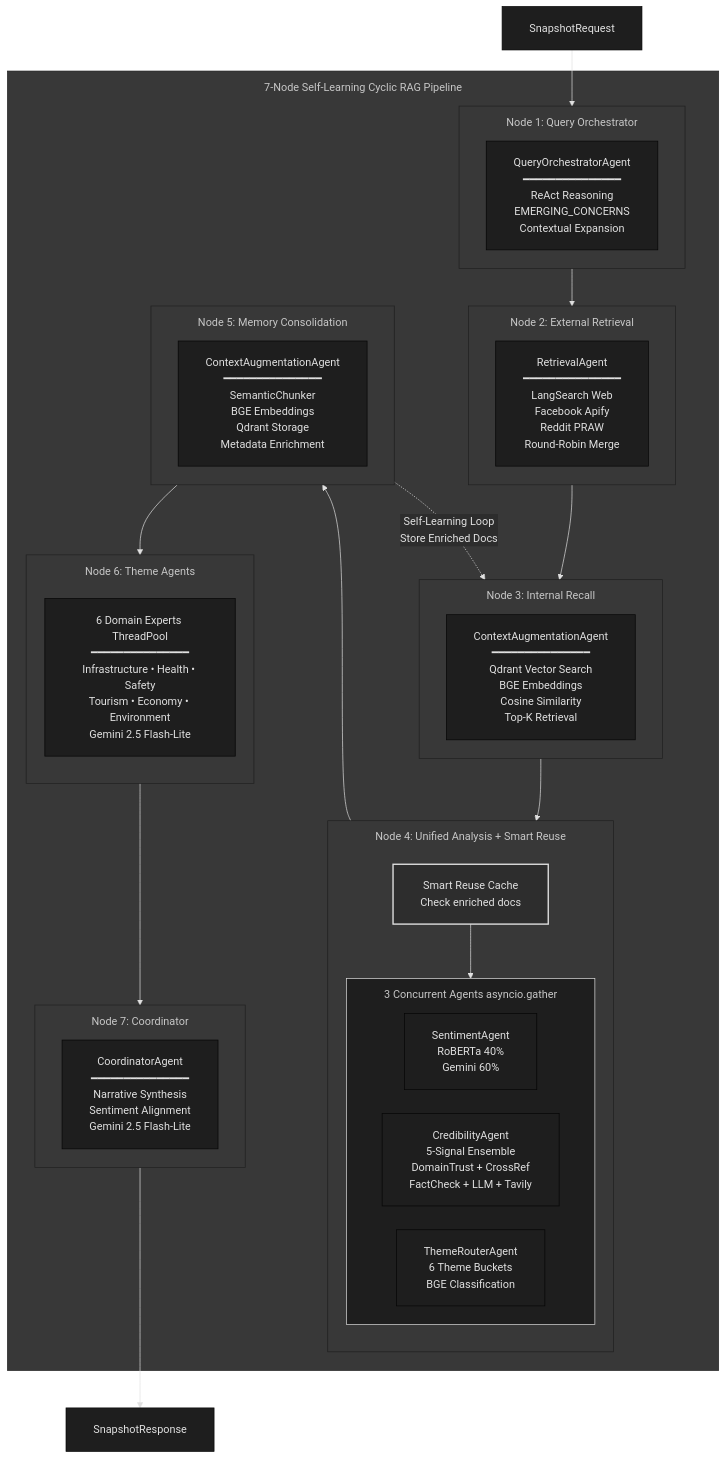
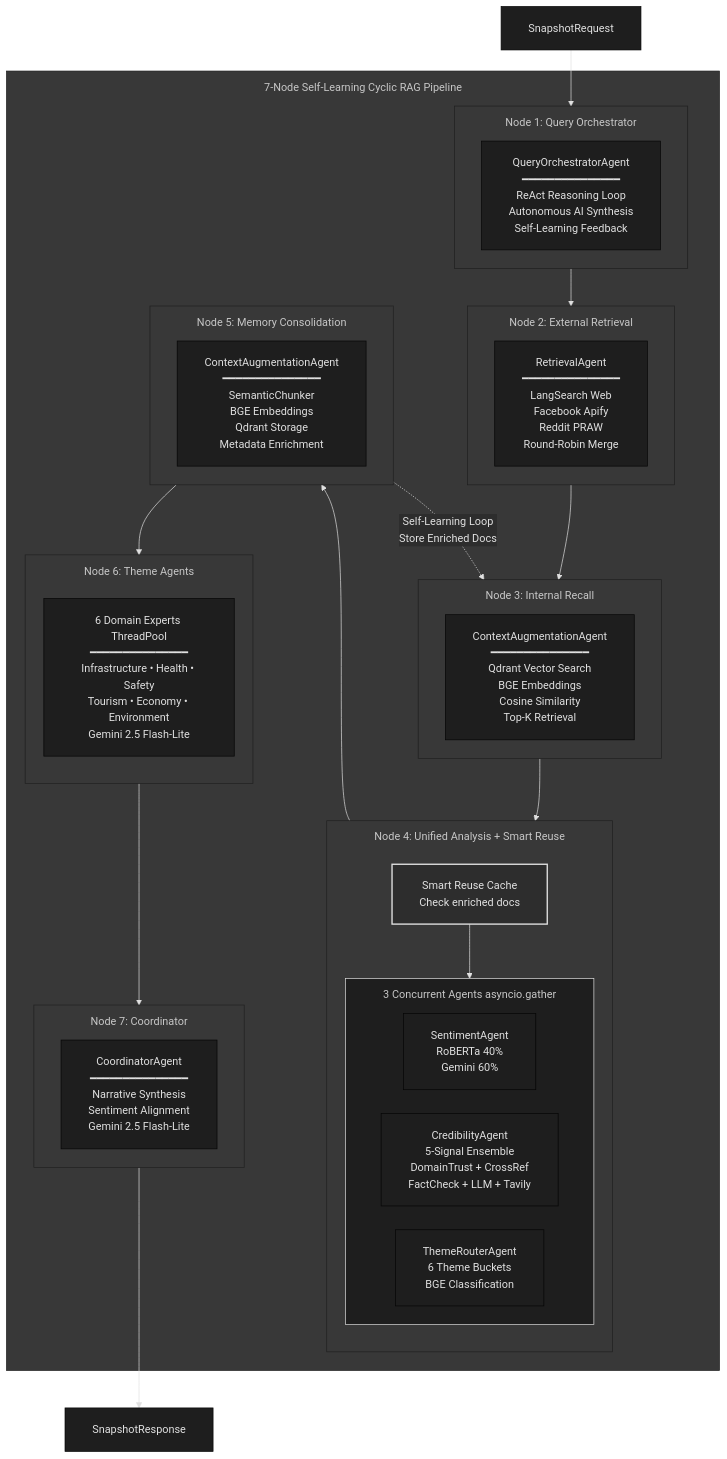
The second of 10 diagrams in docs/ARCHITECTURE.md (donyelqt/Hinaing), drawn with Mermaid before and after one commit. The commit also changed other lines of this file, not shown here.

First line of the commit message:
docs(architecture): update QueryOrchestratorAgent with autonomous synthesis and upgrade embeddings to BGE-large

````diff
--- a/docs/ARCHITECTURE.md
+++ b/docs/ARCHITECTURE.md
@@ -311,76 +311,76 @@
 ```mermaid
 %%{init: {'theme': 'base', 'themeVariables': { 
   'primaryColor': '#1e1e1e',
   'primaryTextColor': '#e0e0e0',
   'secondaryColor': '#2d2d2d',
   'tertiaryColor': '#383838',
   'primaryFontSize': '16px',
   'secondaryFontSize': '13px',
   'tertiaryFontSize': '11px',
   'lineColor': '#e0e0e0'
  }, 'flowchart': {
   'subGraphTitleMargin': { 'top': 12, 'bottom': 12 },
   'padding': 20,
   'nodeSpacing': 35,
   'rankSpacing': 55
  }}}%%
 flowchart TB
     subgraph Pipeline["7-Node Self-Learning Cyclic RAG Pipeline"]
         
         subgraph Node1["Node 1: Query Orchestrator"]
-            QO[QueryOrchestratorAgent<br/>━━━━━━━━━━━━━━━<br/>ReAct Reasoning<br/>EMERGING_CONCERNS<br/>Contextual Expansion]
+            QO[QueryOrchestratorAgent<br/>━━━━━━━━━━━━━━━<br/>ReAct Reasoning Loop<br/>Autonomous AI Synthesis<br/>Self-Learning Feedback]
         end
 
         subgraph Node2["Node 2: External Retrieval"]
             RA[RetrievalAgent<br/>━━━━━━━━━━━━━━━<br/>LangSearch Web<br/>Facebook Apify<br/>Reddit PRAW<br/>Round-Robin Merge]
         end
 
         subgraph Node3["Node 3: Internal Recall"]
             CTX[ContextAugmentationAgent<br/>━━━━━━━━━━━━━━━<br/>Qdrant Vector Search<br/>BGE Embeddings<br/>Cosine Similarity<br/>Top-K Retrieval]
         end
 
         subgraph Node4["Node 4: Unified Analysis + Smart Reuse"]
             direction TB
             Cache[Smart Reuse Cache<br/>Check enriched docs]
             
             subgraph Parallel["3 Concurrent Agents asyncio.gather"]
                 SA[SentimentAgent<br/>RoBERTa 40%<br/>Gemini 60%]
                 CA[CredibilityAgent<br/>5-Signal Ensemble<br/>DomainTrust + CrossRef<br/>FactCheck + LLM + Tavily]
                 TR[ThemeRouterAgent<br/>6 Theme Buckets<br/>BGE Classification]
             end
             
             Cache --> Parallel
         end
 
         subgraph Node5["Node 5: Memory Consolidation"]
             CTX2[ContextAugmentationAgent<br/>━━━━━━━━━━━━━━━<br/>SemanticChunker<br/>BGE Embeddings<br/>Qdrant Storage<br/>Metadata Enrichment]
         end
 
         subgraph Node6["Node 6: Theme Agents"]
             direction TB
             TA[6 Domain Experts ThreadPool<br/>━━━━━━━━━━━━━━━<br/>Infrastructure • Health • Safety<br/>Tourism • Economy • Environment<br/>Gemini 2.5 Flash-Lite]
         end
 
         subgraph Node7["Node 7: Coordinator"]
             COORD[CoordinatorAgent<br/>━━━━━━━━━━━━━━━<br/>Narrative Synthesis<br/>Sentiment Alignment<br/>Gemini 2.5 Flash-Lite]
         end
 
         %% Linear Flow
         Node1 --> Node2
         Node2 --> Node3
         Node3 --> Node4
         Node4 --> Node5
         Node5 --> Node6
         Node6 --> Node7
         
         %% Self-Learning Loop
         Node5 -.->|Self-Learning Loop<br/>Store Enriched Docs| Node3
     end
 
     %% External I/O
     Request[SnapshotRequest] --> Node1
     Node7 --> Response[SnapshotResponse]
 
     style Cache fill:#2d2d2d,stroke:#e0e0e0,stroke-width:2px
     style Parallel fill:#1e1e1e,stroke:#e0e0e0,stroke-width:1px
 ```
````
